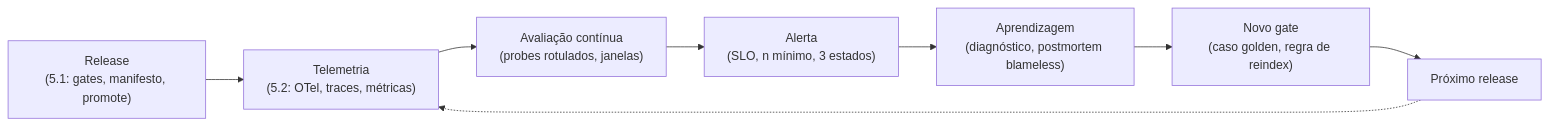
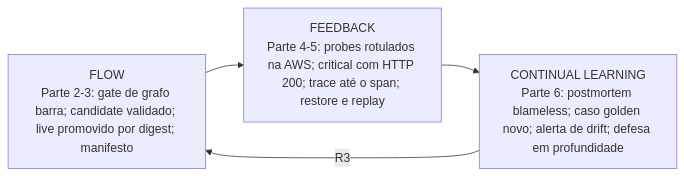
The second of 2 diagrams in 04-GenAIOps/02-Operacao-Observabilidade-Qualidade-Continua/README.md (DiegoRicco/FIAP-AI-Devops-CICD), drawn with Mermaid before and after one commit. The commit also changed other lines of this file and 5 other files, not shown here.

First line of the commit message:
docs(genaiops): Demos 5.1 e 5.2 na AWS com projeto GitLab proprio

````diff
--- a/04-GenAIOps/02-Operacao-Observabilidade-Qualidade-Continua/README.md
+++ b/04-GenAIOps/02-Operacao-Observabilidade-Qualidade-Continua/README.md
@@ -1454,10 +1165,6 @@
 ```mermaid
 flowchart LR
-    R["Release<br/>(5.1: gates, manifesto, promote)"] --> T["Telemetria<br/>(5.2: OTel, traces, métricas)"]
-    T --> A["Avaliação contínua<br/>(probes rotulados, janelas)"]
-    A --> AL["Alerta<br/>(SLO, n mínimo, 3 estados)"]
-    AL --> L["Aprendizagem<br/>(diagnóstico, postmortem blameless)"]
-    L --> G["Novo gate<br/>(caso golden, regra de reindex)"]
-    G --> R2["Próximo release"]
-    R2 -.-> T
+    F["FLOW<br/>Parte 2-3: gate de grafo barra; candidate validado; live promovido por digest; manifesto"] --> FB["FEEDBACK<br/>Parte 4-5: probes rotulados na AWS; critical com HTTP 200; trace até o span; restore e replay"]
+    FB --> L["CONTINUAL LEARNING<br/>Parte 6: postmortem blameless; caso golden novo; alerta de drift; defesa em profundidade"]
+    L -->|R3| F
 ```
````
